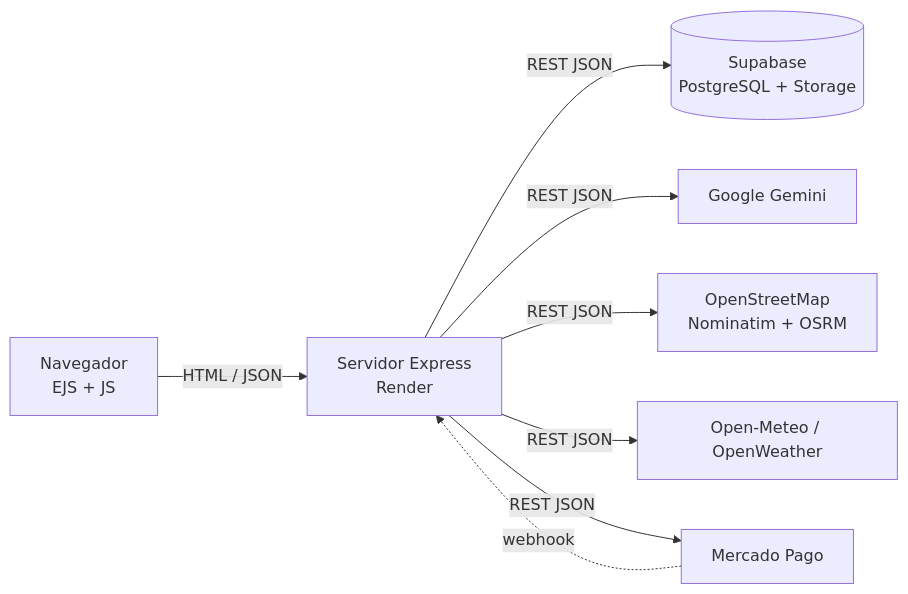
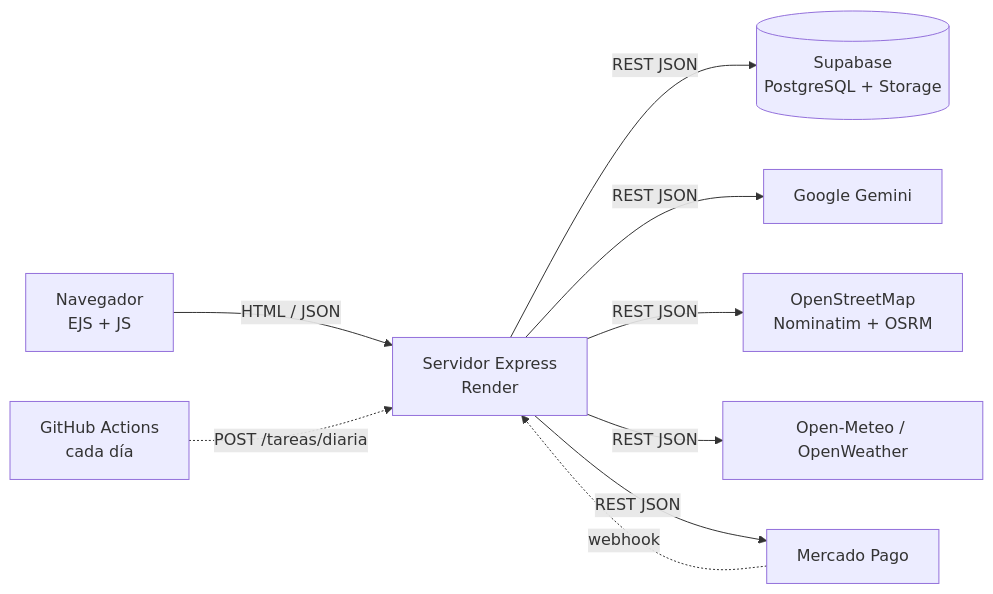
The diagram in README.md (020200141d-coder/aees_web), drawn with Mermaid before and after one commit. The commit also changed other lines of this file, not shown here.

````diff
--- a/README.md
+++ b/README.md
@@ -130,10 +146,11 @@
 ```mermaid
 flowchart LR
   N[Navegador<br>EJS + JS] -- "HTML / JSON" --> E[Servidor Express<br>Render]
   E -- "REST JSON" --> S[(Supabase<br>PostgreSQL + Storage)]
   E -- "REST JSON" --> G[Google Gemini]
   E -- "REST JSON" --> O[OpenStreetMap<br>Nominatim + OSRM]
   E -- "REST JSON" --> C[Open-Meteo / OpenWeather]
   E -- "REST JSON" --> M[Mercado Pago]
   M -. "webhook" .-> E
+  A[GitHub Actions<br>cada día] -. "POST /tareas/diaria" .-> E
 ```
````
